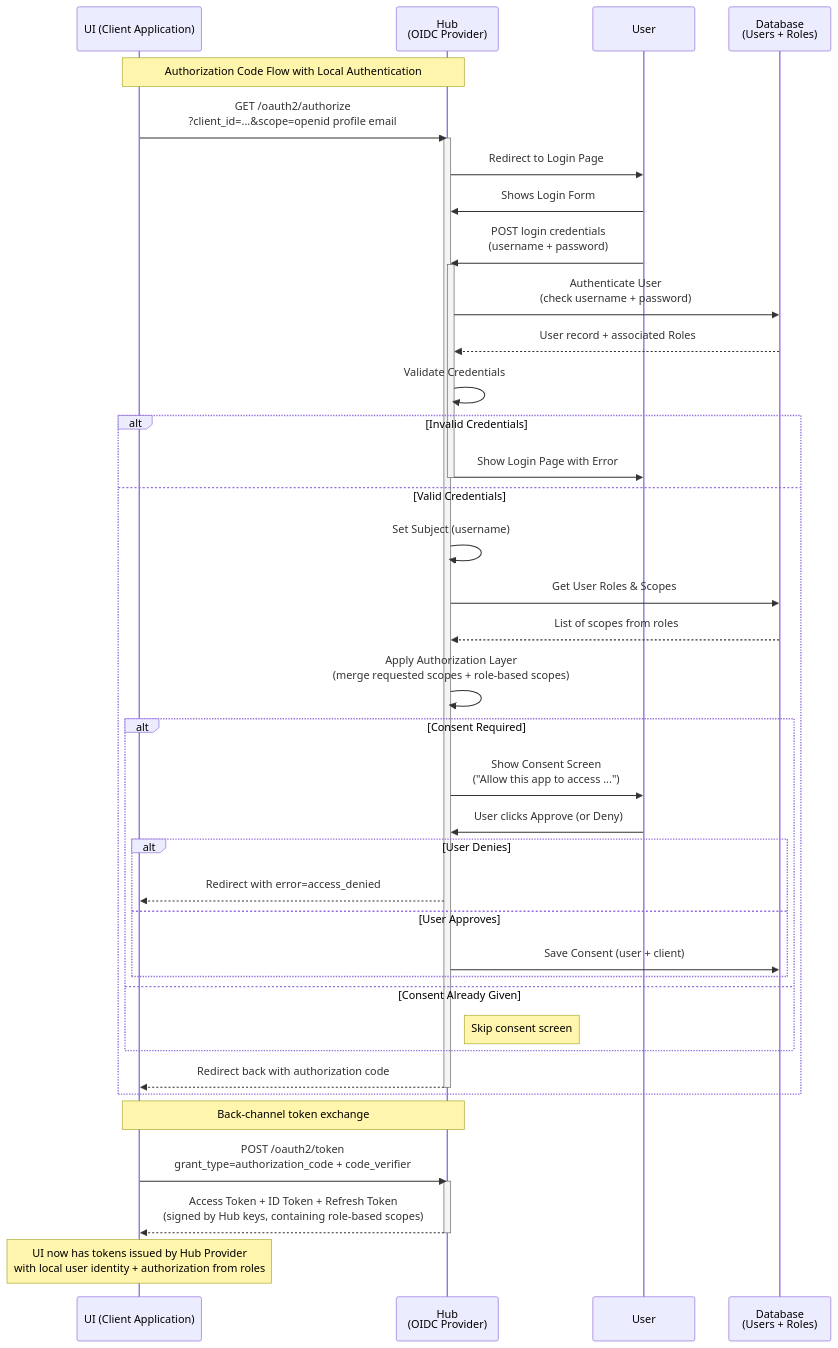
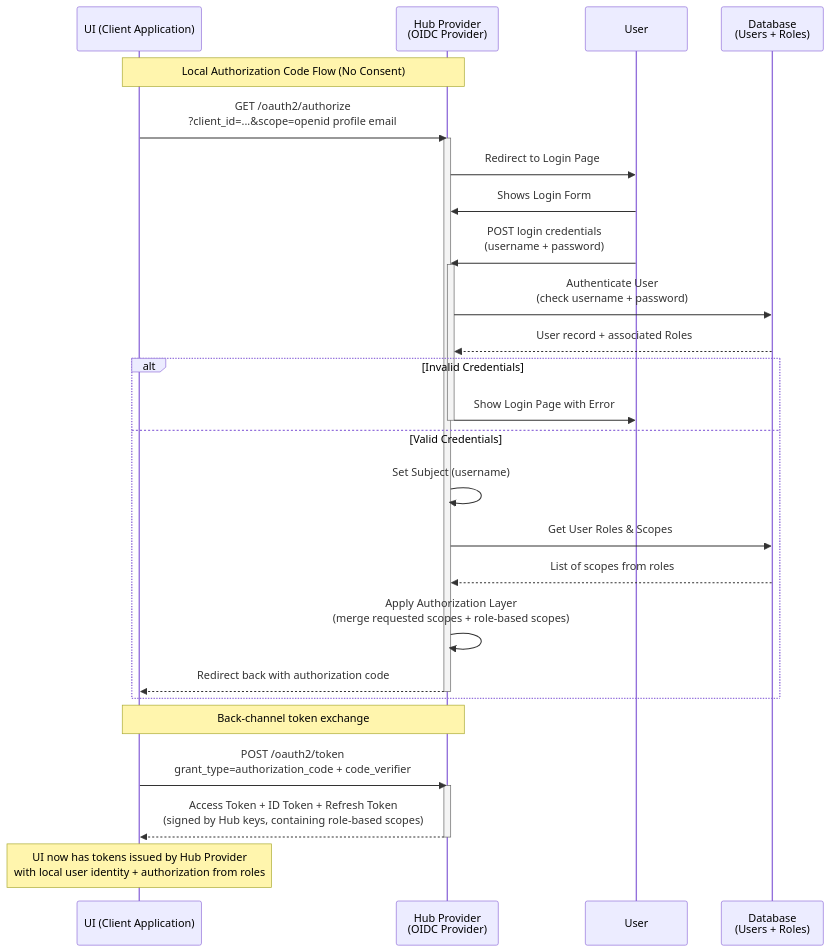
The first of 2 diagrams in enhancements/hub-oidc-provider/README.md (konveyor/enhancements), drawn with Mermaid before and after one commit.

Commit message:
checkpoint

````diff
--- a/enhancements/hub-oidc-provider/README.md
+++ b/enhancements/hub-oidc-provider/README.md
@@ -61,62 +61,47 @@
 ```mermaid
 sequenceDiagram
     participant UI as UI (Client Application)
-    participant Hub as Hub <br>(OIDC Provider)
+    participant Hub as Hub Provider<br>(OIDC Provider)
     participant User as User
     participant DB as Database<br>(Users + Roles)
 
-    Note over UI,Hub: Authorization Code Flow with Local Authentication
+    Note over UI,Hub: Local Authorization Code Flow (No Consent)
 
     UI->>Hub: GET /oauth2/authorize<br>?client_id=...&scope=openid profile email
     activate Hub
 
     Hub->>User: Redirect to Login Page
     User->>Hub: Shows Login Form
 
     User->>Hub: POST login credentials<br>(username + password)
     activate Hub
 
     Hub->>DB: Authenticate User<br>(check username + password)
     DB-->>Hub: User record + associated Roles
 
-    Hub->>Hub: Validate Credentials
-
     alt Invalid Credentials
         Hub->>User: Show Login Page with Error
         deactivate Hub
     else Valid Credentials
         Hub->>Hub: Set Subject (username)
 
         Hub->>DB: Get User Roles & Scopes
         DB-->>Hub: List of scopes from roles
 
         Hub->>Hub: Apply Authorization Layer<br>(merge requested scopes + role-based scopes)
-
-        alt Consent Required
-            Hub->>User: Show Consent Screen<br>("Allow this app to access ...")
-            User->>Hub: User clicks Approve (or Deny)
-            
-            alt User Denies
-                Hub-->>UI: Redirect with error=access_denied
-            else User Approves
-                Hub->>DB: Save Consent (user + client)
-            end
-        else Consent Already Given
-            Note right of Hub: Skip consent screen
-        end
 
         Hub-->>UI: Redirect back with authorization code
         deactivate Hub
     end
 
     Note over UI,Hub: Back-channel token exchange
 
     UI->>Hub: POST /oauth2/token<br>grant_type=authorization_code + code_verifier
     activate Hub
 
     Hub-->>UI: Access Token + ID Token + Refresh Token<br>(signed by Hub keys, containing role-based scopes)
 
     deactivate Hub
 
     Note over UI: UI now has tokens issued by Hub Provider<br>with local user identity + authorization from roles
 ```
````
